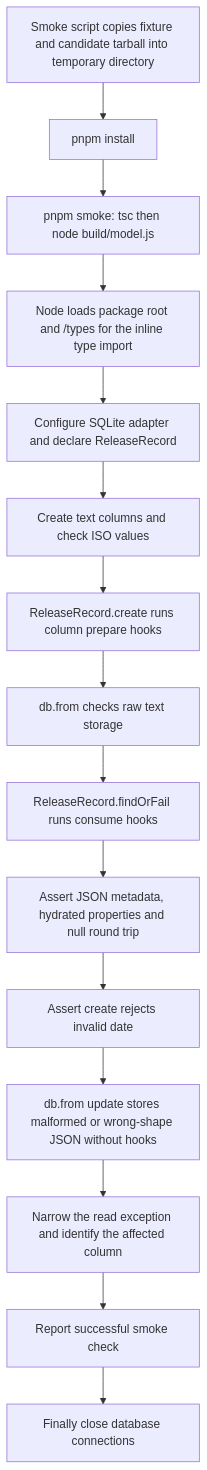
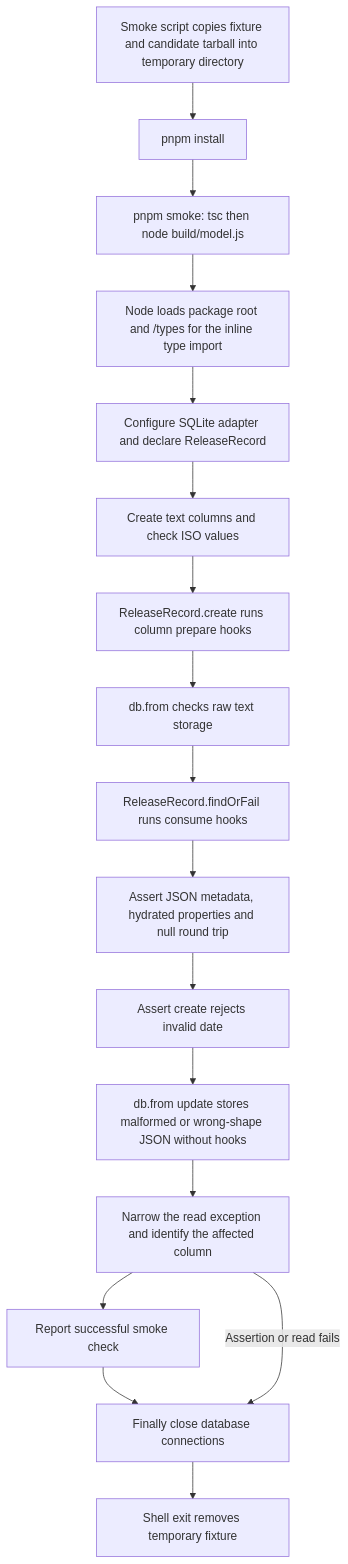
One commit to Kevinjohn/oss-adonisjs-lucid-checked-columns changed the second of 2 diagrams in user-stories/US-COLUMN-05-consume-installed-package.md. Above: the diagram before and after it, drawn with Mermaid. The commit also changed other lines of this file and 9 other files, not shown here.

````diff
--- a/user-stories/US-COLUMN-05-consume-installed-package.md
+++ b/user-stories/US-COLUMN-05-consume-installed-package.md
@@ -36,17 +36,19 @@
 ```mermaid
 flowchart TD
     A["Smoke script copies fixture and candidate tarball into temporary directory"] --> B["pnpm install"]
     B --> C["pnpm smoke: tsc then node build/model.js"]
     C --> P["Node loads package root and /types for the inline type import"]
     P --> D["Configure SQLite adapter and declare ReleaseRecord"]
     D --> E["Create text columns and check ISO values"]
     E --> F["ReleaseRecord.create runs column prepare hooks"]
     F --> G["db.from checks raw text storage"]
     G --> H["ReleaseRecord.findOrFail runs consume hooks"]
     H --> I["Assert JSON metadata, hydrated properties and null round trip"]
     I --> J["Assert create rejects invalid date"]
     J --> K["db.from update stores malformed or wrong-shape JSON without hooks"]
     K --> L["Narrow the read exception and identify the affected column"]
     L --> M["Report successful smoke check"]
     M --> N["Finally close database connections"]
+    L -->|Assertion or read fails| N
+    N --> O["Shell exit removes temporary fixture"]
 ```
````
